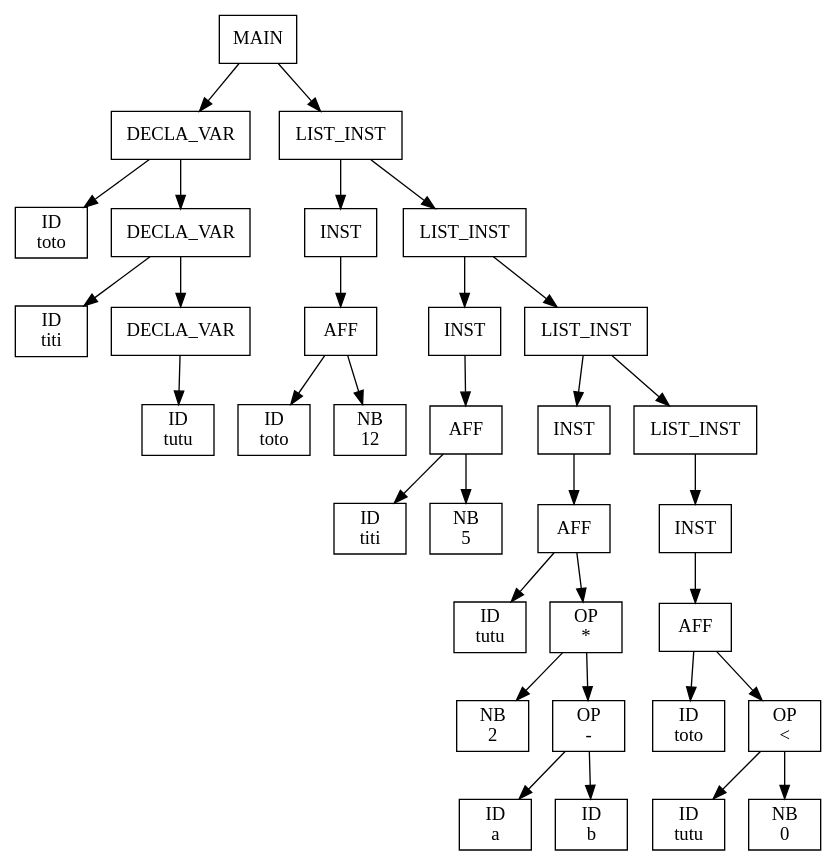
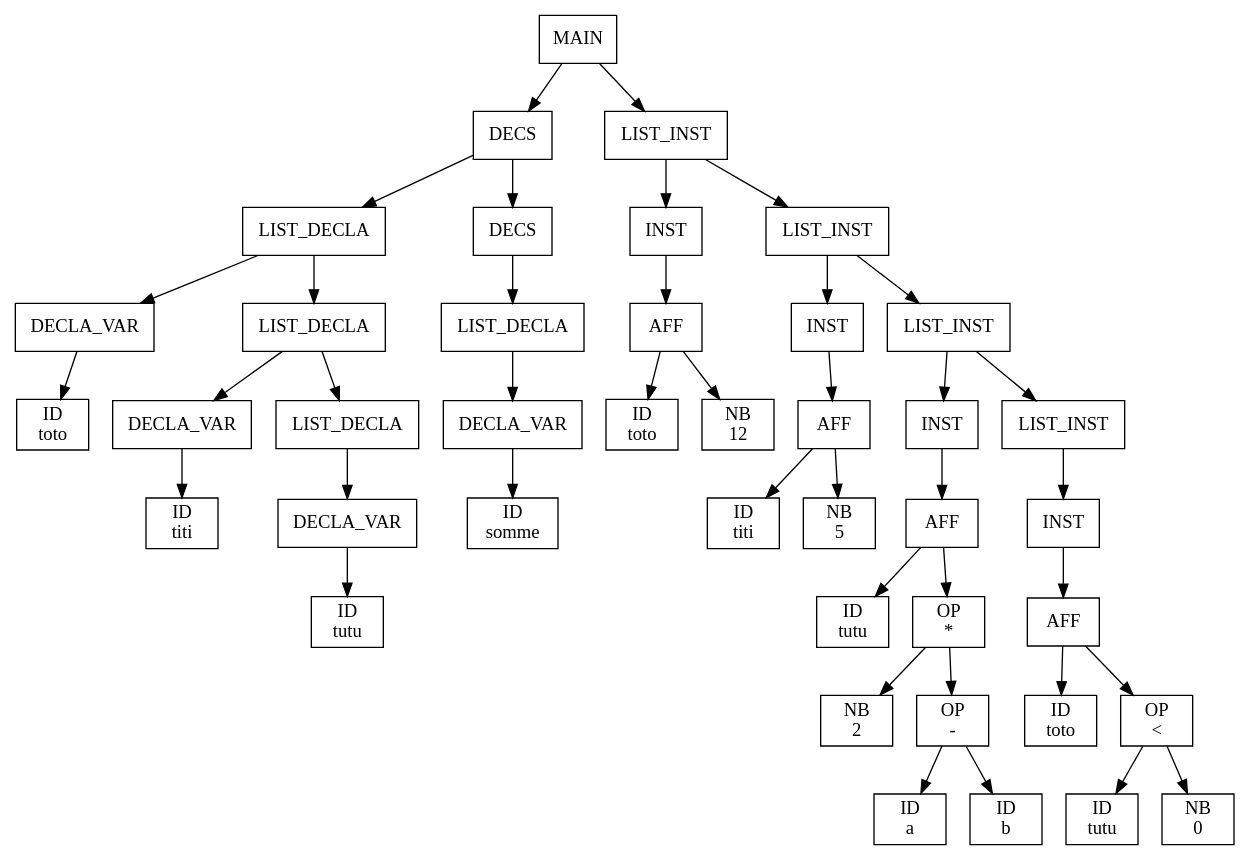
Before and after one commit to aswailem195/Projet-ARC--Algo-RAM-Compiler--20231213: the diagram in out/output.dot, drawn with Graphviz. The commit also changed 12 other files, not shown here.

Commit message:
ajouter DECS line de var

```diff
--- a/out/output.dot
+++ b/out/output.dot
@@ -1,67 +1,83 @@
 digraph ASA {
-node0x55bb02432ef0 [label="MAIN\n", shape=box];
-node0x55bb02432ef0 -> node0x55bb024327f0;
-node0x55bb024327f0 [label="DECLA_VAR\n", shape=box];
-node0x55bb024327f0 -> node0x55bb02432830;
-node0x55bb02432830 [label="ID\ntoto", shape=box];
-node0x55bb024327f0 -> node0x55bb02432770;
-node0x55bb02432770 [label="DECLA_VAR\n", shape=box];
-node0x55bb02432770 -> node0x55bb024327b0;
-node0x55bb024327b0 [label="ID\ntiti", shape=box];
-node0x55bb02432770 -> node0x55bb024326f0;
-node0x55bb024326f0 [label="DECLA_VAR\n", shape=box];
-node0x55bb024326f0 -> node0x55bb02432730;
-node0x55bb02432730 [label="ID\ntutu", shape=box];
-node0x55bb02432ef0 -> node0x55bb02432eb0;
-node0x55bb02432eb0 [label="LIST_INST\n", shape=box];
-node0x55bb02432eb0 -> node0x55bb02432930;
-node0x55bb02432930 [label="INST\n", shape=box];
-node0x55bb02432930 -> node0x55bb024328b0;
-node0x55bb024328b0 [label="AFF\n", shape=box];
-node0x55bb024328b0 -> node0x55bb024328f0;
-node0x55bb024328f0 [label="ID\ntoto", shape=box];
-node0x55bb024328b0 -> node0x55bb02432870;
-node0x55bb02432870 [label="NB\n12", shape=box];
-node0x55bb02432eb0 -> node0x55bb02432e70;
-node0x55bb02432e70 [label="LIST_INST\n", shape=box];
-node0x55bb02432e70 -> node0x55bb02432a30;
-node0x55bb02432a30 [label="INST\n", shape=box];
-node0x55bb02432a30 -> node0x55bb024329b0;
-node0x55bb024329b0 [label="AFF\n", shape=box];
-node0x55bb024329b0 -> node0x55bb024329f0;
-node0x55bb024329f0 [label="ID\ntiti", shape=box];
-node0x55bb024329b0 -> node0x55bb02432970;
-node0x55bb02432970 [label="NB\n5", shape=box];
-node0x55bb02432e70 -> node0x55bb02432e30;
-node0x55bb02432e30 [label="LIST_INST\n", shape=box];
-node0x55bb02432e30 -> node0x55bb02432c30;
-node0x55bb02432c30 [label="INST\n", shape=box];
-node0x55bb02432c30 -> node0x55bb02432bb0;
-node0x55bb02432bb0 [label="AFF\n", shape=box];
-node0x55bb02432bb0 -> node0x55bb02432bf0;
-node0x55bb02432bf0 [label="ID\ntutu", shape=box];
-node0x55bb02432bb0 -> node0x55bb02432b70;
-node0x55bb02432b70 [label="OP\n*", shape=box];
-node0x55bb02432b70 -> node0x55bb02432a70;
-node0x55bb02432a70 [label="NB\n2", shape=box];
-node0x55bb02432b70 -> node0x55bb02432b30;
-node0x55bb02432b30 [label="OP\n-", shape=box];
-node0x55bb02432b30 -> node0x55bb02432ab0;
-node0x55bb02432ab0 [label="ID\na", shape=box];
-node0x55bb02432b30 -> node0x55bb02432af0;
-node0x55bb02432af0 [label="ID\nb", shape=box];
-node0x55bb02432e30 -> node0x55bb02432df0;
-node0x55bb02432df0 [label="LIST_INST\n", shape=box];
-node0x55bb02432df0 -> node0x55bb02432db0;
-node0x55bb02432db0 [label="INST\n", shape=box];
-node0x55bb02432db0 -> node0x55bb02432d30;
-node0x55bb02432d30 [label="AFF\n", shape=box];
-node0x55bb02432d30 -> node0x55bb02432d70;
-node0x55bb02432d70 [label="ID\ntoto", shape=box];
-node0x55bb02432d30 -> node0x55bb02432cf0;
-node0x55bb02432cf0 [label="OP\n<", shape=box];
-node0x55bb02432cf0 -> node0x55bb02432c70;
-node0x55bb02432c70 [label="ID\ntutu", shape=box];
-node0x55bb02432cf0 -> node0x55bb02432cb0;
-node0x55bb02432cb0 [label="NB\n0", shape=box];
+node0x55d6a61650f0 [label="MAIN\n", shape=box];
+node0x55d6a61650f0 -> node0x55d6a6164a30;
+node0x55d6a6164a30 [label="DECS\n", shape=box];
+node0x55d6a6164a30 -> node0x55d6a61648f0;
+node0x55d6a61648f0 [label="LIST_DECLA\n", shape=box];
+node0x55d6a61648f0 -> node0x55d6a61646f0;
+node0x55d6a61646f0 [label="DECLA_VAR\n", shape=box];
+node0x55d6a61646f0 -> node0x55d6a6164730;
+node0x55d6a6164730 [label="ID\ntoto", shape=box];
+node0x55d6a61648f0 -> node0x55d6a61648b0;
+node0x55d6a61648b0 [label="LIST_DECLA\n", shape=box];
+node0x55d6a61648b0 -> node0x55d6a6164770;
+node0x55d6a6164770 [label="DECLA_VAR\n", shape=box];
+node0x55d6a6164770 -> node0x55d6a61647b0;
+node0x55d6a61647b0 [label="ID\ntiti", shape=box];
+node0x55d6a61648b0 -> node0x55d6a6164870;
+node0x55d6a6164870 [label="LIST_DECLA\n", shape=box];
+node0x55d6a6164870 -> node0x55d6a61647f0;
+node0x55d6a61647f0 [label="DECLA_VAR\n", shape=box];
+node0x55d6a61647f0 -> node0x55d6a6164830;
+node0x55d6a6164830 [label="ID\ntutu", shape=box];
+node0x55d6a6164a30 -> node0x55d6a61649f0;
+node0x55d6a61649f0 [label="DECS\n", shape=box];
+node0x55d6a61649f0 -> node0x55d6a61649b0;
+node0x55d6a61649b0 [label="LIST_DECLA\n", shape=box];
+node0x55d6a61649b0 -> node0x55d6a6164930;
+node0x55d6a6164930 [label="DECLA_VAR\n", shape=box];
+node0x55d6a6164930 -> node0x55d6a6164970;
+node0x55d6a6164970 [label="ID\nsomme", shape=box];
+node0x55d6a61650f0 -> node0x55d6a61650b0;
+node0x55d6a61650b0 [label="LIST_INST\n", shape=box];
+node0x55d6a61650b0 -> node0x55d6a6164b30;
+node0x55d6a6164b30 [label="INST\n", shape=box];
+node0x55d6a6164b30 -> node0x55d6a6164ab0;
+node0x55d6a6164ab0 [label="AFF\n", shape=box];
+node0x55d6a6164ab0 -> node0x55d6a6164af0;
+node0x55d6a6164af0 [label="ID\ntoto", shape=box];
+node0x55d6a6164ab0 -> node0x55d6a6164a70;
+node0x55d6a6164a70 [label="NB\n12", shape=box];
+node0x55d6a61650b0 -> node0x55d6a6165070;
+node0x55d6a6165070 [label="LIST_INST\n", shape=box];
+node0x55d6a6165070 -> node0x55d6a6164c30;
+node0x55d6a6164c30 [label="INST\n", shape=box];
+node0x55d6a6164c30 -> node0x55d6a6164bb0;
+node0x55d6a6164bb0 [label="AFF\n", shape=box];
+node0x55d6a6164bb0 -> node0x55d6a6164bf0;
+node0x55d6a6164bf0 [label="ID\ntiti", shape=box];
+node0x55d6a6164bb0 -> node0x55d6a6164b70;
+node0x55d6a6164b70 [label="NB\n5", shape=box];
+node0x55d6a6165070 -> node0x55d6a6165030;
+node0x55d6a6165030 [label="LIST_INST\n", shape=box];
+node0x55d6a6165030 -> node0x55d6a6164e30;
+node0x55d6a6164e30 [label="INST\n", shape=box];
+node0x55d6a6164e30 -> node0x55d6a6164db0;
+node0x55d6a6164db0 [label="AFF\n", shape=box];
+node0x55d6a6164db0 -> node0x55d6a6164df0;
+node0x55d6a6164df0 [label="ID\ntutu", shape=box];
+node0x55d6a6164db0 -> node0x55d6a6164d70;
+node0x55d6a6164d70 [label="OP\n*", shape=box];
+node0x55d6a6164d70 -> node0x55d6a6164c70;
+node0x55d6a6164c70 [label="NB\n2", shape=box];
+node0x55d6a6164d70 -> node0x55d6a6164d30;
+node0x55d6a6164d30 [label="OP\n-", shape=box];
+node0x55d6a6164d30 -> node0x55d6a6164cb0;
+node0x55d6a6164cb0 [label="ID\na", shape=box];
+node0x55d6a6164d30 -> node0x55d6a6164cf0;
+node0x55d6a6164cf0 [label="ID\nb", shape=box];
+node0x55d6a6165030 -> node0x55d6a6164ff0;
+node0x55d6a6164ff0 [label="LIST_INST\n", shape=box];
+node0x55d6a6164ff0 -> node0x55d6a6164fb0;
+node0x55d6a6164fb0 [label="INST\n", shape=box];
+node0x55d6a6164fb0 -> node0x55d6a6164f30;
+node0x55d6a6164f30 [label="AFF\n", shape=box];
+node0x55d6a6164f30 -> node0x55d6a6164f70;
+node0x55d6a6164f70 [label="ID\ntoto", shape=box];
+node0x55d6a6164f30 -> node0x55d6a6164ef0;
+node0x55d6a6164ef0 [label="OP\n<", shape=box];
+node0x55d6a6164ef0 -> node0x55d6a6164e70;
+node0x55d6a6164e70 [label="ID\ntutu", shape=box];
+node0x55d6a6164ef0 -> node0x55d6a6164eb0;
+node0x55d6a6164eb0 [label="NB\n0", shape=box];
 }
```
